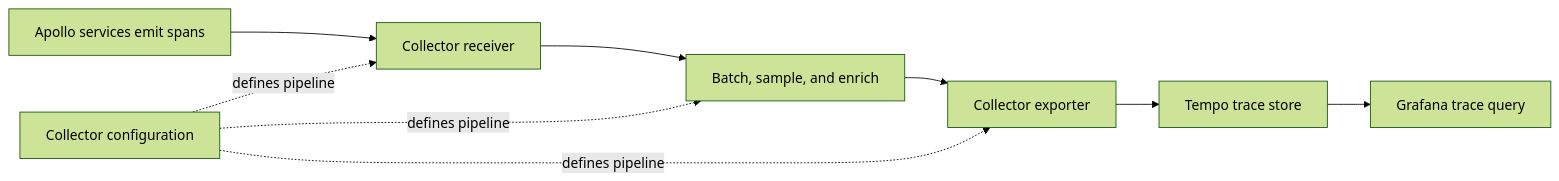
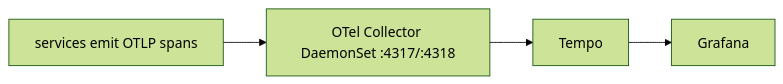
Before and after one commit to darshan-raul/apollo11-docs: the second of 2 diagrams in docs/learn/observability/traces.md, drawn with Mermaid (forest theme). The commit also changed other lines of this file and 55 other files, not shown here.

````diff
--- a/docs/learn/observability/traces.md
+++ b/docs/learn/observability/traces.md
@@ -61,11 +44,6 @@
-~~~mermaid
+```mermaid
 flowchart LR
-  Apps[Apollo services emit spans] --> Receiver[Collector receiver]
-  Receiver --> Processor[Batch, sample, and enrich]
-  Processor --> Exporter[Collector exporter]
-  Exporter --> Tempo[Tempo trace store]
-  Tempo --> Grafana[Grafana trace query]
-  Config[Collector configuration] -.defines pipeline.-> Receiver
-  Config -.defines pipeline.-> Processor
-  Config -.defines pipeline.-> Exporter
-~~~
+  Apps[services emit OTLP spans] --> Col[OTel Collector DaemonSet :4317/:4318]
+  Col --> Tempo[Tempo]
+  Tempo --> Gr[Grafana]
+```
````
